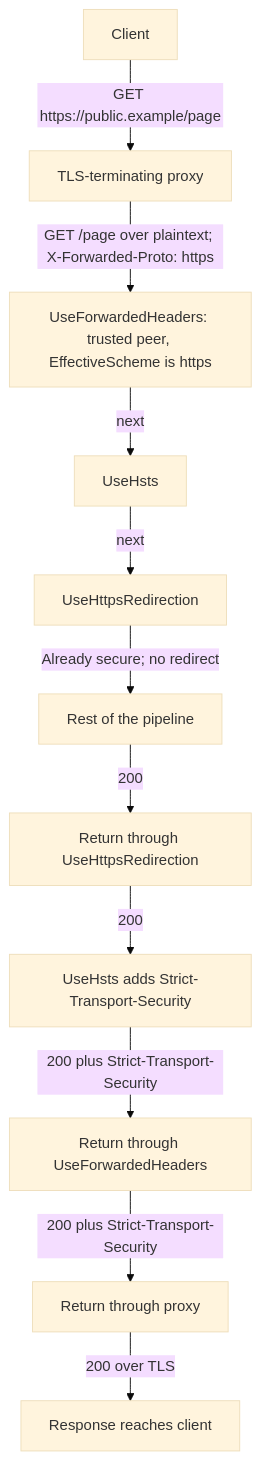
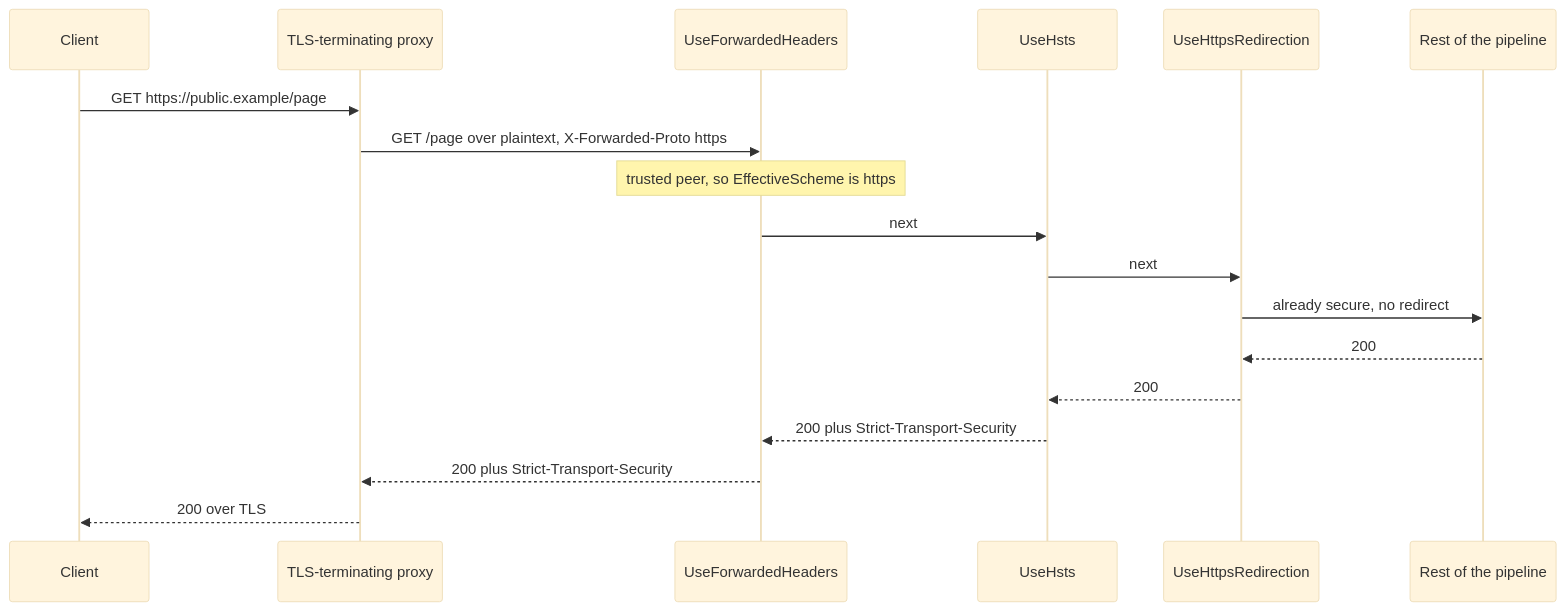
Before and after one commit to assimalign/cohesion-docs: the diagram in docs/dotnet-apis/resources/web/assimalign-cohesion-web-httpspolicy/design.md, drawn with Mermaid (base theme). The commit also changed other lines of this file and 194 other files, not shown here.

````diff
--- a/docs/dotnet-apis/resources/web/assimalign-cohesion-web-httpspolicy/design.md
+++ b/docs/dotnet-apis/resources/web/assimalign-cohesion-web-httpspolicy/design.md
@@ -288,13 +288,20 @@
 ```mermaid
-flowchart TD
-    Client["Client"] -->|"GET https://public.example/page"| Proxy["TLS-terminating proxy"]
-    Proxy -->|"GET /page over plaintext; X-Forwarded-Proto: https"| Fwd["UseForwardedHeaders: trusted peer, EffectiveScheme is https"]
-    Fwd -->|"next"| Hsts["UseHsts"]
-    Hsts -->|"next"| Redirect["UseHttpsRedirection"]
-    Redirect -->|"Already secure; no redirect"| App["Rest of the pipeline"]
-    App -->|"200"| ReturnRedirect["Return through UseHttpsRedirection"]
-    ReturnRedirect -->|"200"| ReturnHsts["UseHsts adds Strict-Transport-Security"]
-    ReturnHsts -->|"200 plus Strict-Transport-Security"| ReturnFwd["Return through UseForwardedHeaders"]
-    ReturnFwd -->|"200 plus Strict-Transport-Security"| ReturnProxy["Return through proxy"]
-    ReturnProxy -->|"200 over TLS"| ReturnClient["Response reaches client"]
+sequenceDiagram
+    participant Client
+    participant Proxy as TLS-terminating proxy
+    participant Fwd as UseForwardedHeaders
+    participant Hsts as UseHsts
+    participant Redirect as UseHttpsRedirection
+    participant App as Rest of the pipeline
+    Client->>Proxy: GET https://public.example/page
+    Proxy->>Fwd: GET /page over plaintext, X-Forwarded-Proto https
+    Note over Fwd: trusted peer, so EffectiveScheme is https
+    Fwd->>Hsts: next
+    Hsts->>Redirect: next
+    Redirect->>App: already secure, no redirect
+    App-->>Redirect: 200
+    Redirect-->>Hsts: 200
+    Hsts-->>Fwd: 200 plus Strict-Transport-Security
+    Fwd-->>Proxy: 200 plus Strict-Transport-Security
+    Proxy-->>Client: 200 over TLS
 ```
````
